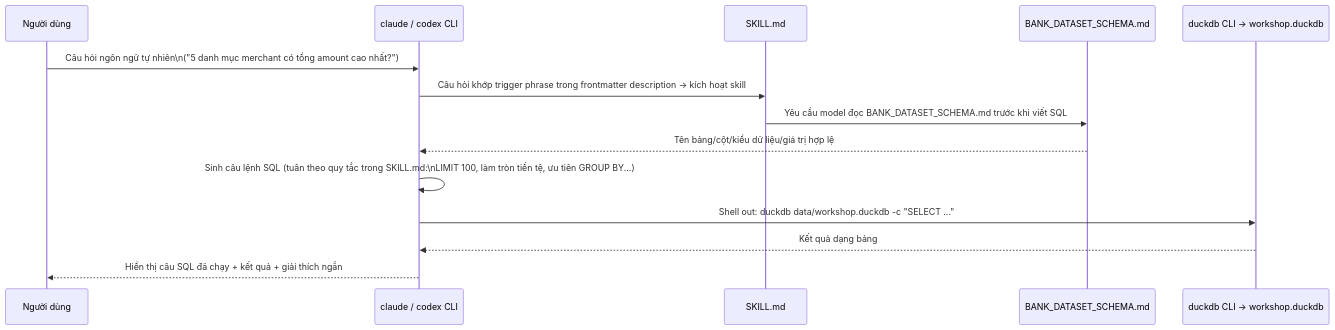
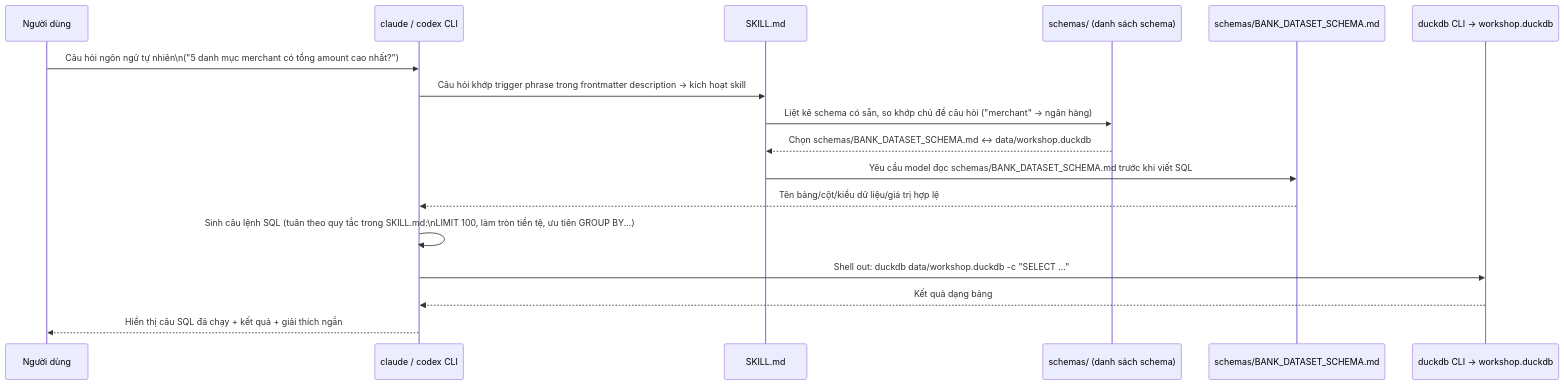
The second of 3 diagrams in docs/architecture/ARCHITECTURE.md (QuanPham99/CB_Txt2Sql), drawn with Mermaid before and after one commit. The commit also changed other lines of this file and 15 other files, not shown here.

````diff
--- a/docs/architecture/ARCHITECTURE.md
+++ b/docs/architecture/ARCHITECTURE.md
@@ -81,17 +81,20 @@
 ```mermaid
 sequenceDiagram
     participant U as Người dùng
     participant CLI as claude / codex CLI
     participant SK as SKILL.md
-    participant SC as BANK_DATASET_SCHEMA.md
+    participant SD as schemas/ (danh sách schema)
+    participant SC as schemas/BANK_DATASET_SCHEMA.md
     participant DB as duckdb CLI → workshop.duckdb
 
     U->>CLI: Câu hỏi ngôn ngữ tự nhiên\n("5 danh mục merchant có tổng amount cao nhất?")
     CLI->>SK: Câu hỏi khớp trigger phrase trong frontmatter description → kích hoạt skill
-    SK->>SC: Yêu cầu model đọc BANK_DATASET_SCHEMA.md trước khi viết SQL
+    SK->>SD: Liệt kê schema có sẵn, so khớp chủ đề câu hỏi ("merchant" → ngân hàng)
+    SD-->>SK: Chọn schemas/BANK_DATASET_SCHEMA.md ↔ data/workshop.duckdb
+    SK->>SC: Yêu cầu model đọc schemas/BANK_DATASET_SCHEMA.md trước khi viết SQL
     SC-->>CLI: Tên bảng/cột/kiểu dữ liệu/giá trị hợp lệ
     CLI->>CLI: Sinh câu lệnh SQL (tuân theo quy tắc trong SKILL.md:\nLIMIT 100, làm tròn tiền tệ, ưu tiên GROUP BY...)
     CLI->>DB: Shell out: duckdb data/workshop.duckdb -c "SELECT ..."
     DB-->>CLI: Kết quả dạng bảng
     CLI-->>U: Hiển thị câu SQL đã chạy + kết quả + giải thích ngắn
 ```
````
